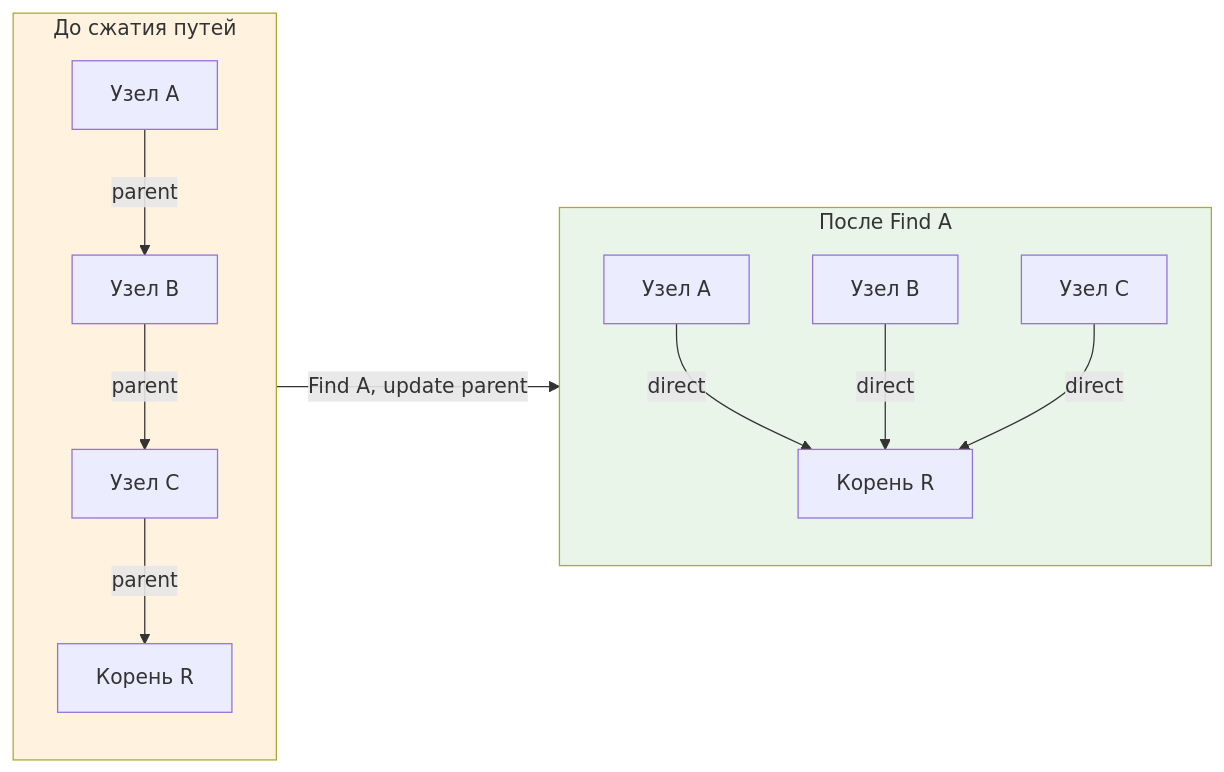
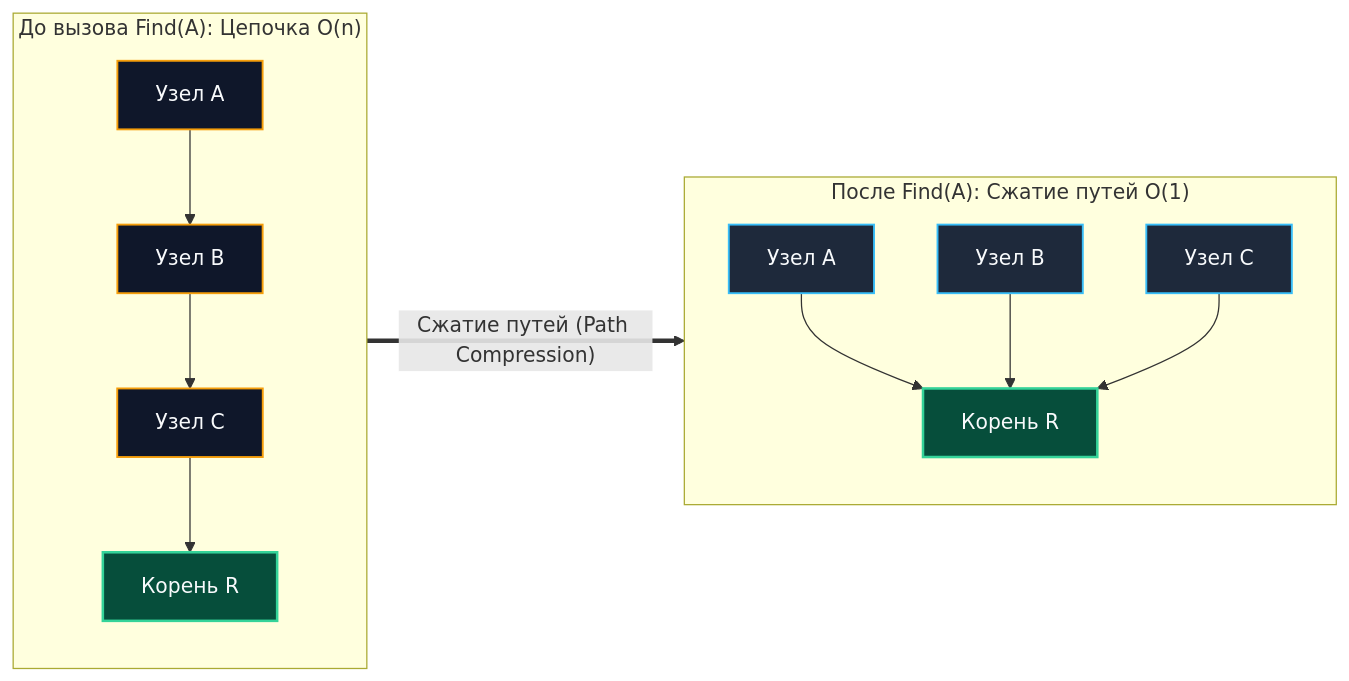
Before and after one commit to UnrealTemplier/go-textbook: the first of 2 diagrams in sources/20. Алгоритмы и структуры данных (DSA) на Go/07. Продвинутые структуры данных/4. Disjoint set union DSU, Union Find.md, drawn with Mermaid. The commit also changed other lines of this file, not shown here.

````diff
--- a/sources/20. Алгоритмы и структуры данных (DSA) на Go/07. Продвинутые структуры данных/4. Disjoint set union DSU, Union Find.md
+++ b/sources/20. Алгоритмы и структуры данных (DSA) на Go/07. Продвинутые структуры данных/4. Disjoint set union DSU, Union Find.md
@@ -27,19 +39,26 @@
 ```mermaid
 flowchart LR
-    subgraph Before["До сжатия путей"]
-        A["Узел A"] -->|parent| B["Узел B"]
-        B -->|parent| C["Узел C"]
-        C -->|parent| R["Корень R"]
+    subgraph Before["До вызова Find(A): Цепочка O(n)"]
+        direction TB
+        A1["Узел A"] --> B1["Узел B"]
+        B1 --> C1["Узел C"]
+        C1 --> R1["Корень R"]
     end
 
-    subgraph After["После Find A"]
-        A2["Узел A"] -->|direct| R2["Корень R"]
-        B2["Узел B"] -->|direct| R2
-        C2["Узел C"] -->|direct| R2
+    subgraph After["После Find(A): Сжатие путей O(1)"]
+        direction TB
+        A2["Узел A"] --> R2["Корень R"]
+        B2["Узел B"] --> R2
+        C2["Узел C"] --> R2
     end
 
-    Before -->|Find A, update parent| After
-    
-    style Before fill:#fff3e0
-    style After fill:#e8f5e8
+    Before ==>|"Сжатие путей (Path Compression)"| After
+
+    classDef origBox fill:#0f172a,stroke:#f59e0b,stroke-width:1.5px,color:#f8fafc;
+    classDef rootBox fill:#064e3b,stroke:#34d399,stroke-width:2px,color:#f8fafc;
+    classDef flatBox fill:#1e293b,stroke:#38bdf8,stroke-width:1.5px,color:#f8fafc;
+
+    class A1,B1,C1 origBox;
+    class R1,R2 rootBox;
+    class A2,B2,C2 flatBox;
 ```
````
